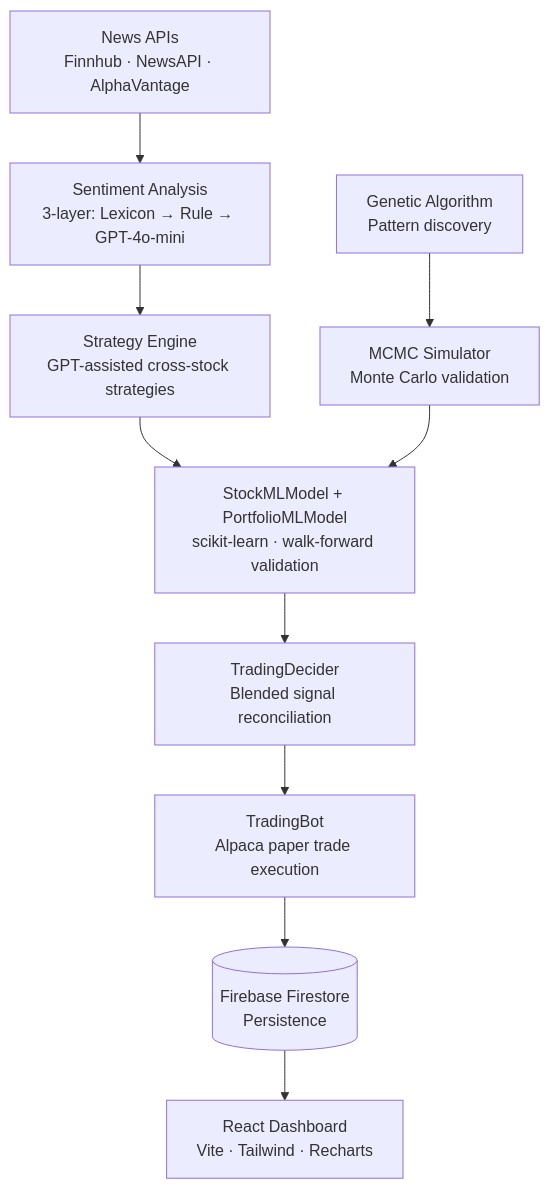
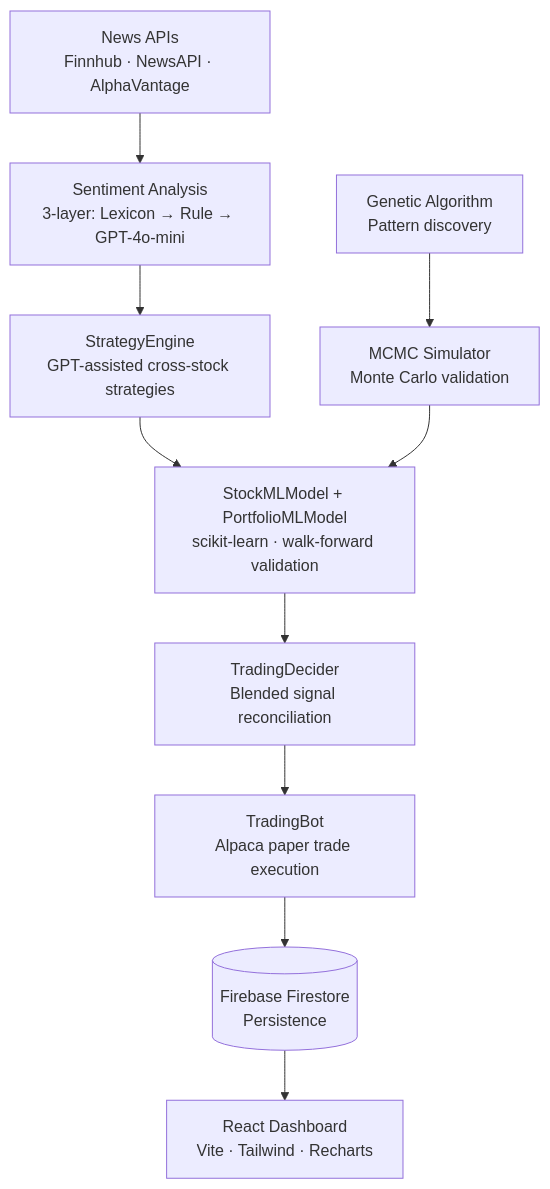
The diagram in README.md (Haripratiik/Stock-Portfolio-Optimizer), drawn with Mermaid before and after one commit.

Commit message:
Fix formatting in flowchart in README.md

````diff
--- a/README.md
+++ b/README.md
@@ -20,14 +20,14 @@
 ```mermaid
 flowchart TD
     A[News APIs\nFinnhub · NewsAPI · AlphaVantage] --> B[Sentiment Analysis\n3-layer: Lexicon → Rule → GPT-4o-mini]
-    B --> C[Strategy Engine\nGPT-assisted cross-stock strategies]
+    B --> C[StrategyEngine\nGPT-assisted cross-stock strategies]
     C --> D[StockMLModel + PortfolioMLModel\nscikit-learn · walk-forward validation]
     D --> E[TradingDecider\nBlended signal reconciliation]
     E --> F[TradingBot\nAlpaca paper trade execution]
 
     G[Genetic Algorithm\nPattern discovery] --> H[MCMC Simulator\nMonte Carlo validation]
     H --> D
 
     F --> I[(Firebase Firestore\nPersistence)]
     I --> J[React Dashboard\nVite · Tailwind · Recharts]
 ```
````
